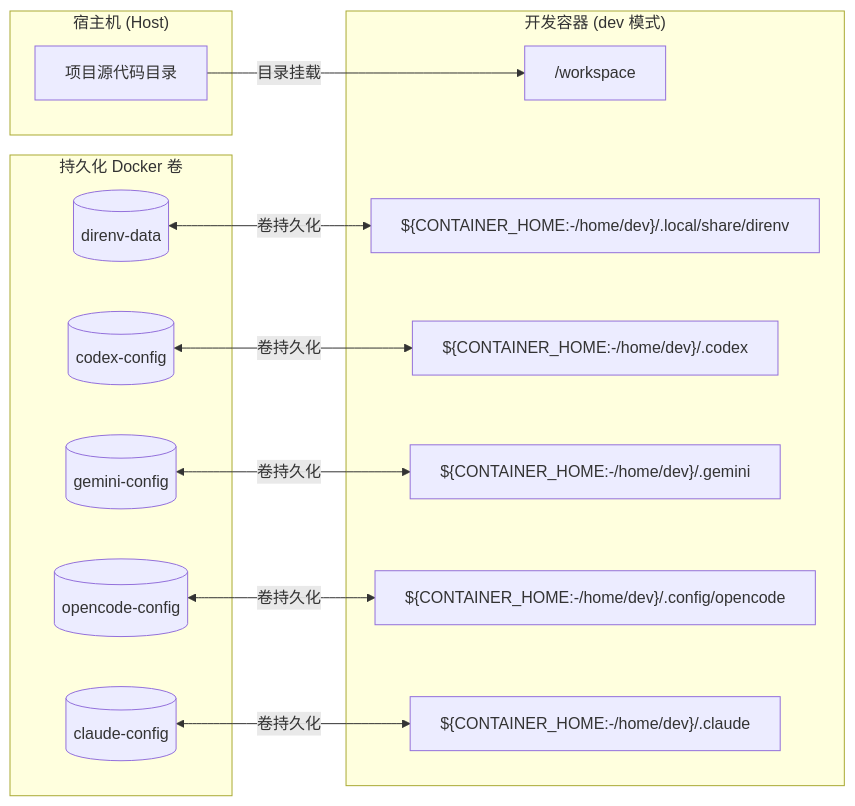
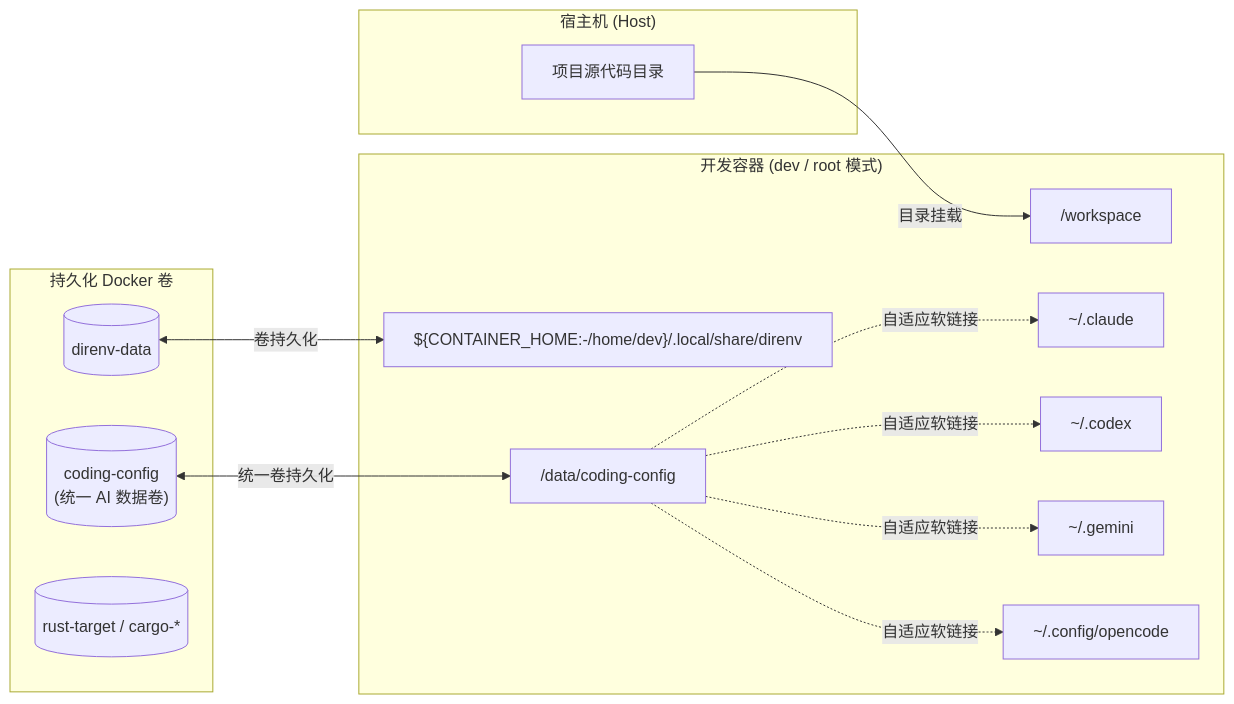
One commit to shaogme/coding-images changed the fourth of 5 diagrams in README.md. Above: the diagram before and after it, drawn with Mermaid. The commit also changed other lines of this file and 16 other files, not shown here.

````diff
--- a/README.md
+++ b/README.md
@@ -243,30 +256,30 @@
 ```mermaid
 flowchart LR
     subgraph Host["宿主机 (Host)"]
         Code["项目源代码目录"]
     end
 
     subgraph Volumes["持久化 Docker 卷"]
         V0[("direnv-data")]
-        V1[("codex-config")]
-        V2[("gemini-config")]
-        V3[("opencode-config")]
-        V4[("claude-config")]
+        VAI[("coding-config<br/>(统一 AI 数据卷)")]
+        VRust[("rust-target / cargo-*")]
     end
 
-    subgraph DevContainer["开发容器 (dev 模式)"]
+    subgraph DevContainer["开发容器 (dev / root 模式)"]
         WS["/workspace"]
         P0["${CONTAINER_HOME:-/home/dev}/.local/share/direnv"]
-        P1["${CONTAINER_HOME:-/home/dev}/.codex"]
-        P2["${CONTAINER_HOME:-/home/dev}/.gemini"]
-        P3["${CONTAINER_HOME:-/home/dev}/.config/opencode"]
-        P4["${CONTAINER_HOME:-/home/dev}/.claude"]
+        Data["/data/coding-config"]
+        P1["~/.claude"]
+        P2["~/.codex"]
+        P3["~/.gemini"]
+        P4["~/.config/opencode"]
     end
 
     Code -->|目录挂载| WS
     V0 <-->|卷持久化| P0
-    V1 <-->|卷持久化| P1
-    V2 <-->|卷持久化| P2
-    V3 <-->|卷持久化| P3
-    V4 <-->|卷持久化| P4
+    VAI <-->|统一卷持久化| Data
+    Data -.->|自适应软链接| P1
+    Data -.->|自适应软链接| P2
+    Data -.->|自适应软链接| P3
+    Data -.->|自适应软链接| P4
 ```
````
